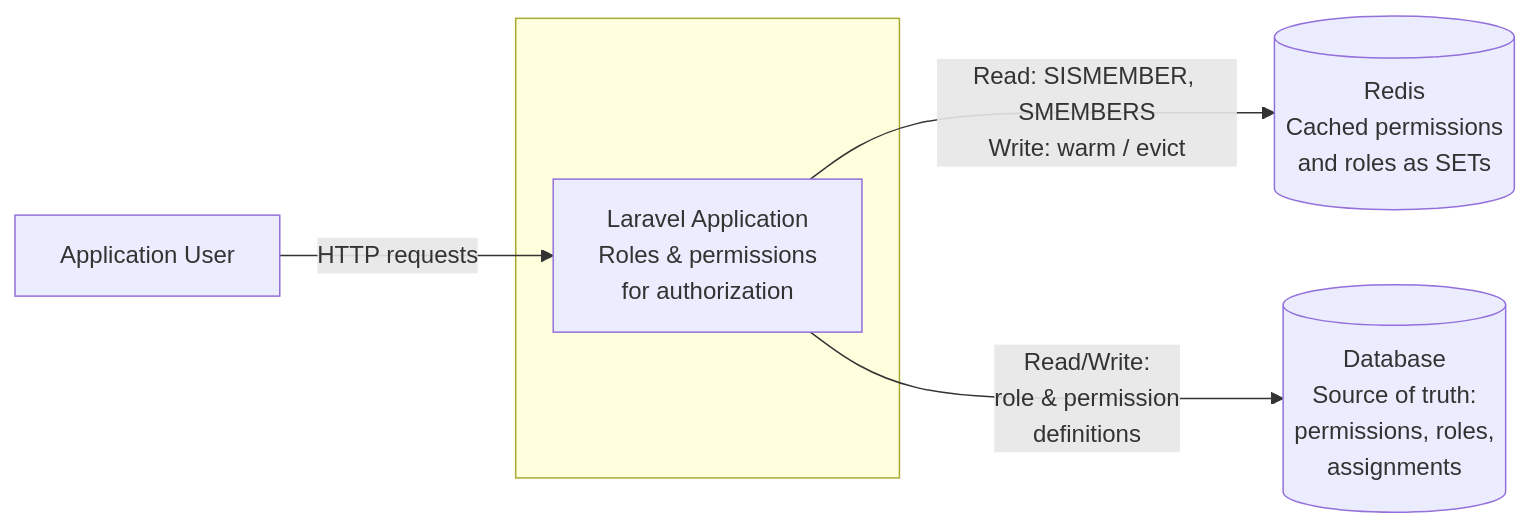
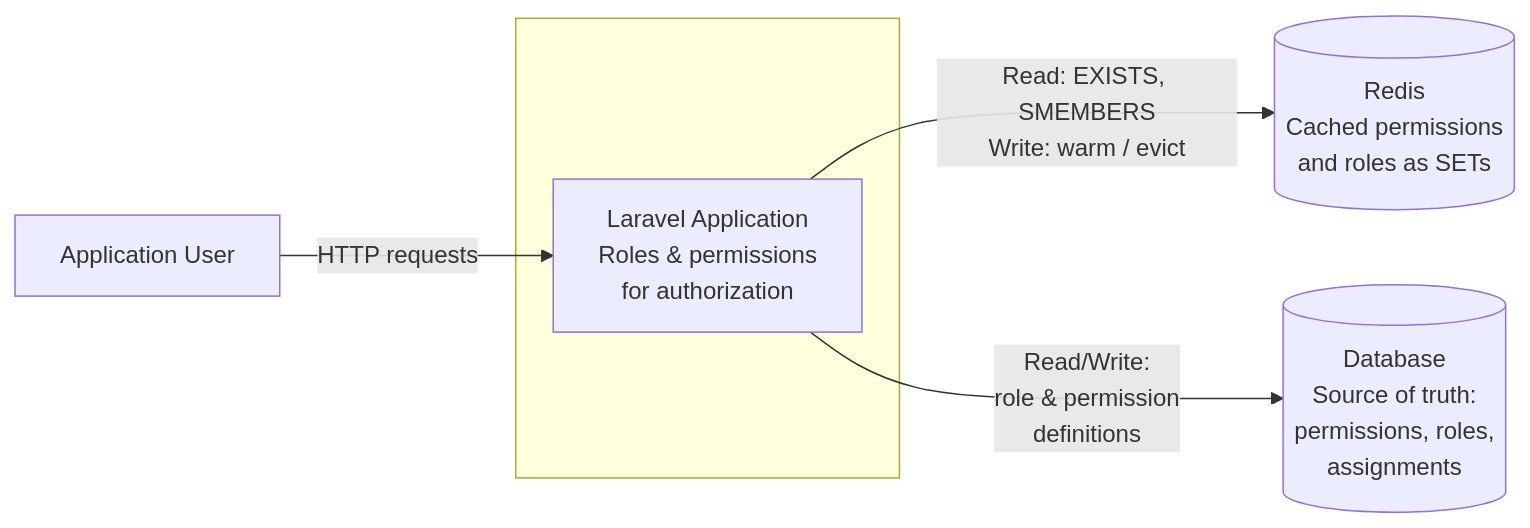
Before and after one commit to scabarcas17/laravel-permissions-redis: the first of 4 diagrams in README.md, drawn with Mermaid. The commit also changed other lines of this file and 2 other files, not shown here.

Commit message:
docs: 4.3.0 changelog, README read path and Octane section, migration guide

````diff
--- a/README.md
+++ b/README.md
@@ -113,15 +113,15 @@
 ```mermaid
 flowchart LR
     User["Application User"]
 
     subgraph system [" "]
         App["Laravel Application\nRoles & permissions\nfor authorization"]
     end
 
     Redis[("Redis\nCached permissions\nand roles as SETs")]
     DB[("Database\nSource of truth:\npermissions, roles,\nassignments")]
 
     User -- "HTTP requests" --> App
-    App -- "Read: SISMEMBER, SMEMBERS\nWrite: warm / evict" --> Redis
+    App -- "Read: EXISTS, SMEMBERS\nWrite: warm / evict" --> Redis
     App -- "Read/Write:\nrole & permission\ndefinitions" --> DB
 ```
````
